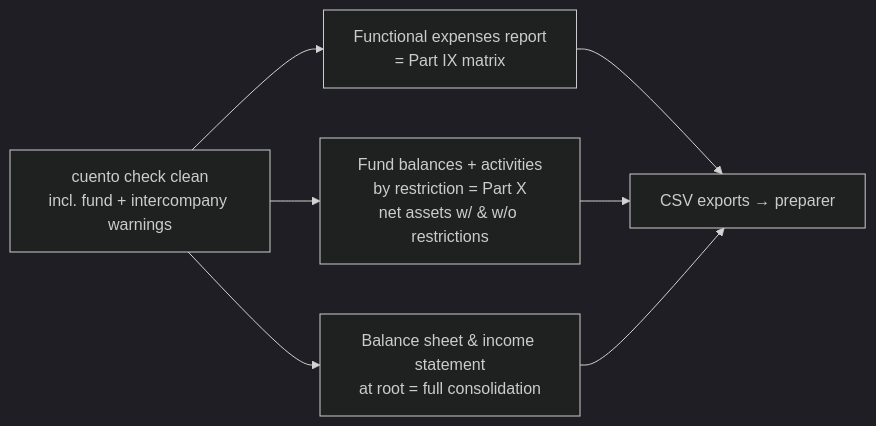
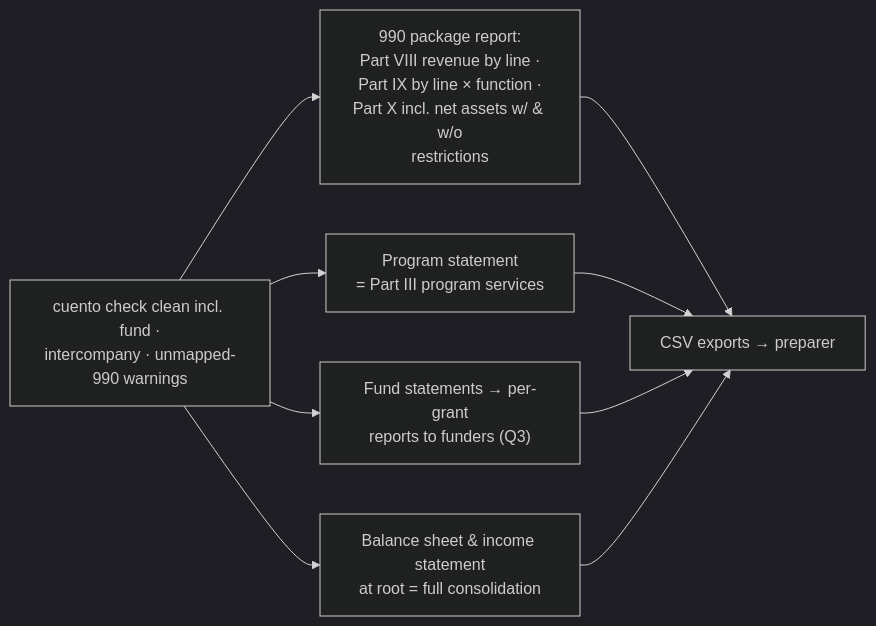
The seventh of 7 diagrams in PLAN.md (epiphenomena/cuento), drawn with Mermaid (dark theme) before and after one commit. The commit also changed other lines of this file and 1 other file, not shown here.

````diff
--- a/PLAN.md
+++ b/PLAN.md
@@ -615,9 +665,11 @@
 ```mermaid
 flowchart LR
-  A[cuento check clean<br/>incl. fund + intercompany warnings] --> B[Functional expenses report<br/>= Part IX matrix]
-  A --> C[Fund balances + activities<br/>by restriction = Part X<br/>net assets w/ & w/o restrictions]
-  A --> D[Balance sheet & income statement<br/>at root = full consolidation]
+  A["cuento check clean incl. fund ·<br/>intercompany · unmapped-990 warnings"] --> B["990 package report:<br/>Part VIII revenue by line ·<br/>Part IX by line × function ·<br/>Part X incl. net assets w/ & w/o<br/>restrictions"]
+  A --> C[Program statement<br/>= Part III program services]
+  A --> D["Fund statements → per-grant<br/>reports to funders (Q3)"]
+  A --> F[Balance sheet & income statement<br/>at root = full consolidation]
   B --> E[CSV exports → preparer]
   C --> E
   D --> E
+  F --> E
 ```
````
